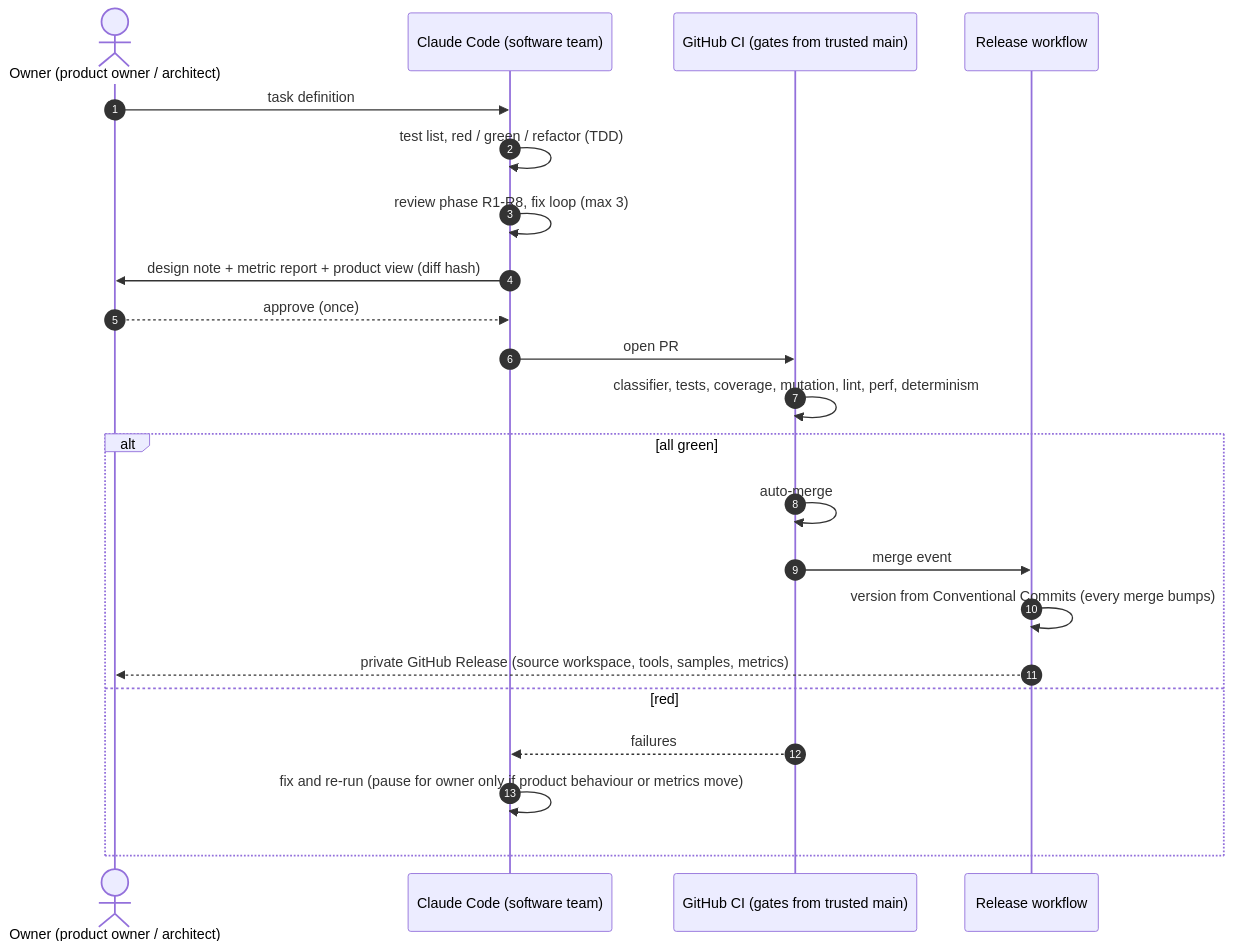
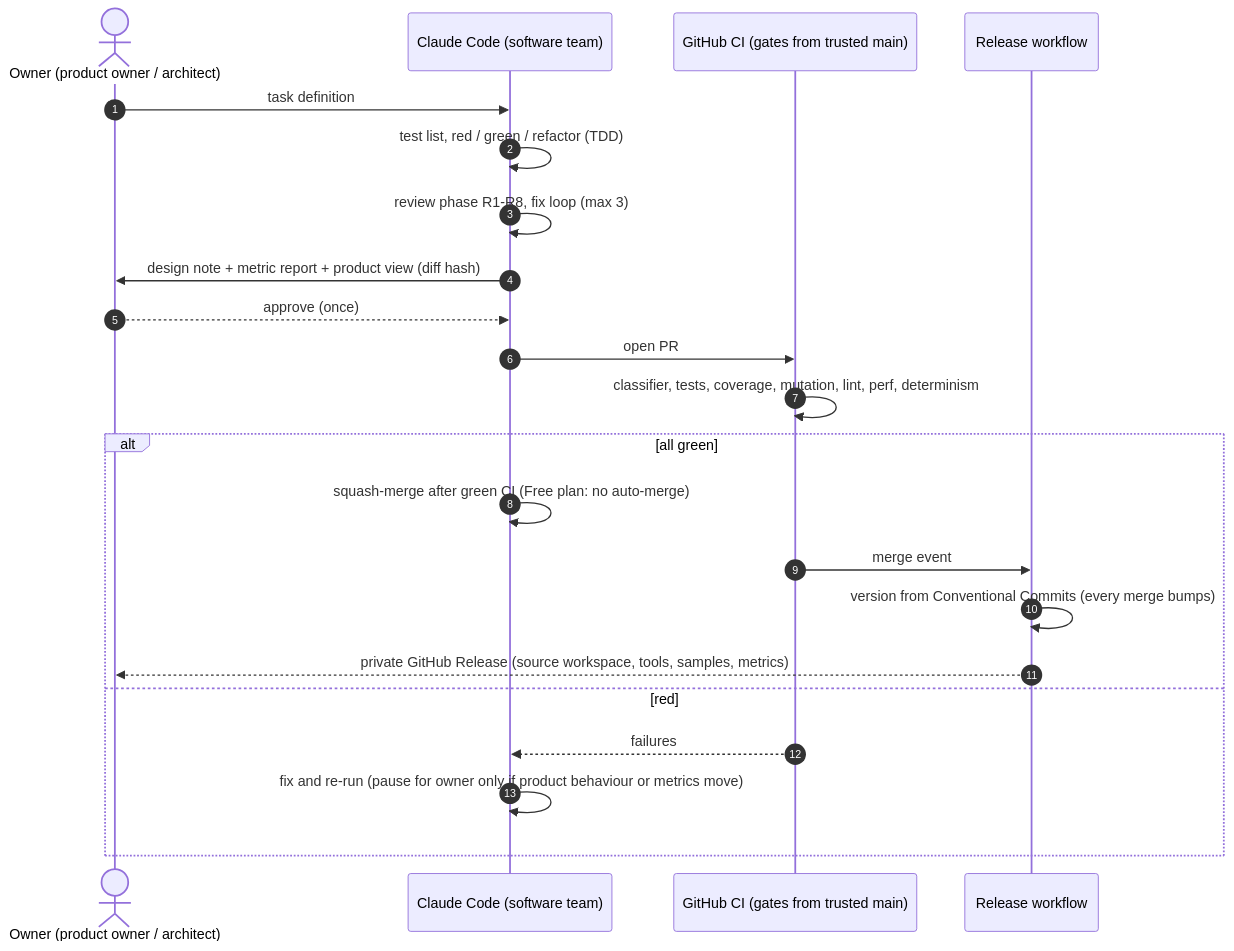
One commit to giamat90/DuckEngine changed the tenth of 11 diagrams in wiki/architecture/diagrams.md. Above: the diagram before and after it, drawn with Mermaid. The commit also changed 26 other files, not shown here.

````diff
--- a/wiki/architecture/diagrams.md
+++ b/wiki/architecture/diagrams.md
@@ -349,25 +349,25 @@
 ```mermaid
 sequenceDiagram
   autonumber
   actor PO as Owner (product owner / architect)
   participant CC as Claude Code (software team)
   participant CI as GitHub CI (gates from trusted main)
   participant Rel as Release workflow
 
   PO->>CC: task definition
   CC->>CC: test list, red / green / refactor (TDD)
   CC->>CC: review phase R1-R8, fix loop (max 3)
   CC->>PO: design note + metric report + product view (diff hash)
   PO-->>CC: approve (once)
   CC->>CI: open PR
   CI->>CI: classifier, tests, coverage, mutation, lint, perf, determinism
   alt all green
-    CI->>CI: auto-merge
+    CC->>CC: squash-merge after green CI (Free plan: no auto-merge)
     CI->>Rel: merge event
     Rel->>Rel: version from Conventional Commits (every merge bumps)
     Rel-->>PO: private GitHub Release (source workspace, tools, samples, metrics)
   else red
     CI-->>CC: failures
     CC->>CC: fix and re-run (pause for owner only if product behaviour or metrics move)
   end
 ```
````
